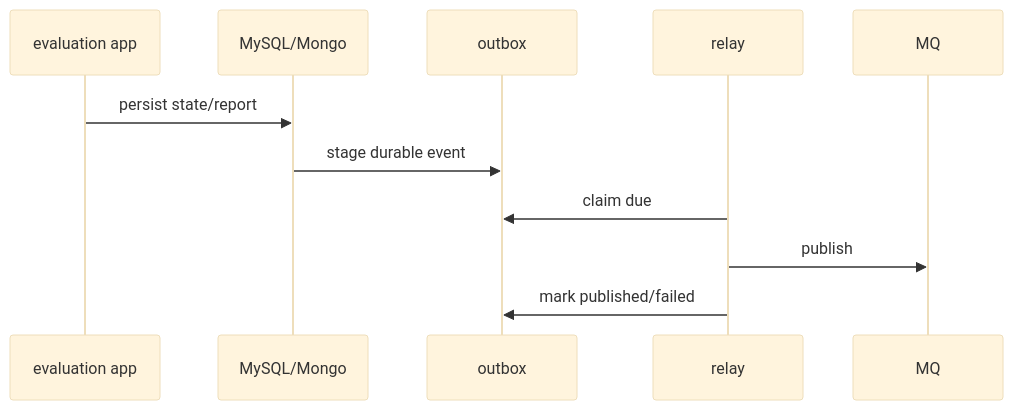
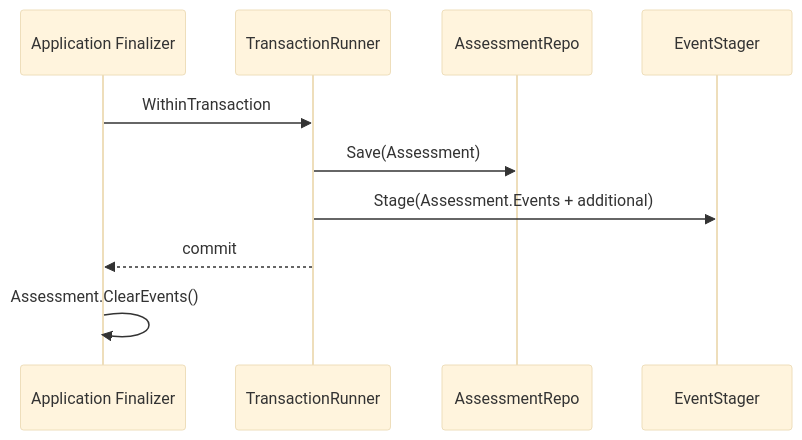
One commit to FangcunMount/qs-server changed the second of 4 diagrams in docs/02-业务模块/evaluation/04-Outbox与事件.md. Above: the diagram before and after it, drawn with Mermaid (base theme). The commit also changed other lines of this file and 8 other files, not shown here.

````diff
--- a/docs/02-业务模块/evaluation/04-Outbox与事件.md
+++ b/docs/02-业务模块/evaluation/04-Outbox与事件.md
@@ -14,14 +159,13 @@
 ```mermaid
 sequenceDiagram
-    participant App as evaluation app
-    participant DB as MySQL/Mongo
-    participant O as outbox
-    participant R as relay
-    participant MQ as MQ
+    participant App as Application Finalizer
+    participant Tx as TransactionRunner
+    participant Repo as AssessmentRepo
+    participant Outbox as EventStager
 
-    App->>DB: persist state/report
-    DB->>O: stage durable event
-    R->>O: claim due
-    R->>MQ: publish
-    R->>O: mark published/failed
+    App->>Tx: WithinTransaction
+    Tx->>Repo: Save(Assessment)
+    Tx->>Outbox: Stage(Assessment.Events + additional)
+    Tx-->>App: commit
+    App->>App: Assessment.ClearEvents()
 ```
````
